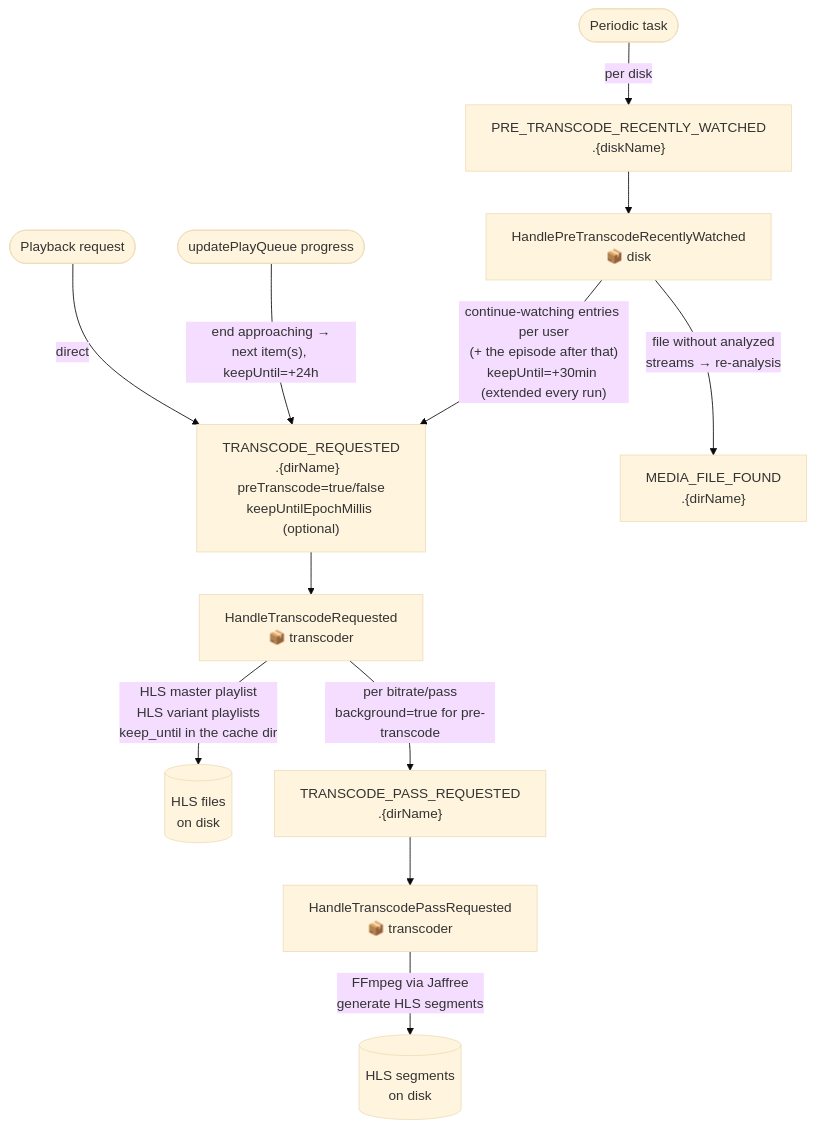
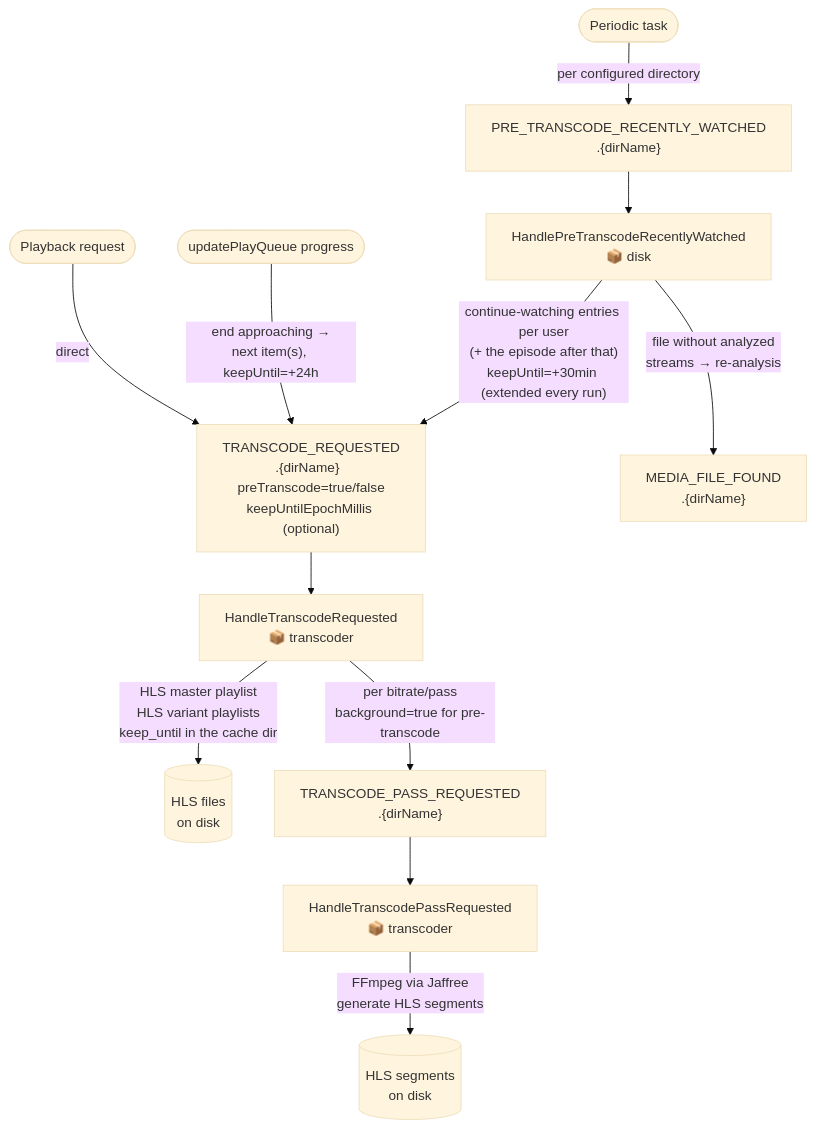
One commit to ister-app/server changed the diagram in doc/architecture/diagrams/transcode-flow.md. Above: the diagram before and after it, drawn with Mermaid (base theme). The commit also changed 21 other files, not shown here.

First line of the commit message:
docs(architecture): sync the chapters and diagrams with the code

````diff
--- a/doc/architecture/diagrams/transcode-flow.md
+++ b/doc/architecture/diagrams/transcode-flow.md
@@ -7,20 +7,20 @@
 ```mermaid
 flowchart TD
-    TrigA([Periodic task]) -->|"per disk"| A
+    TrigA([Periodic task]) -->|"per configured directory"| A
     TrigB([Playback request]) -->|direct| B
     TrigC([updatePlayQueue progress]) -->|"end approaching →\nnext item(s), keepUntil=+24h"| B
 
-    A["PRE_TRANSCODE_RECENTLY_WATCHED\n.{diskName}"]
+    A["PRE_TRANSCODE_RECENTLY_WATCHED\n.{dirName}"]
     A --> PA["HandlePreTranscodeRecentlyWatched\n📦 disk"]
     PA -->|"continue-watching entries per user\n(+ the episode after that)\nkeepUntil=+30min (extended every run)"| B
     PA -->|"file without analyzed\nstreams → re-analysis"| MFF["MEDIA_FILE_FOUND\n.{dirName}"]
 
     B["TRANSCODE_REQUESTED\n.{dirName}  preTranscode=true/false\nkeepUntilEpochMillis (optional)"]
     B --> PB["HandleTranscodeRequested\n📦 transcoder"]
     PB -->|"HLS master playlist\nHLS variant playlists\nkeep_until in the cache dir"| FS1[("HLS files\non disk")]
     PB -->|"per bitrate/pass\nbackground=true for pre-transcode"| C
 
     C["TRANSCODE_PASS_REQUESTED\n.{dirName}"]
     C --> PC["HandleTranscodePassRequested\n📦 transcoder"]
     PC -->|"FFmpeg via Jaffree\ngenerate HLS segments"| FS2[("HLS segments\non disk")]
 ```
````
